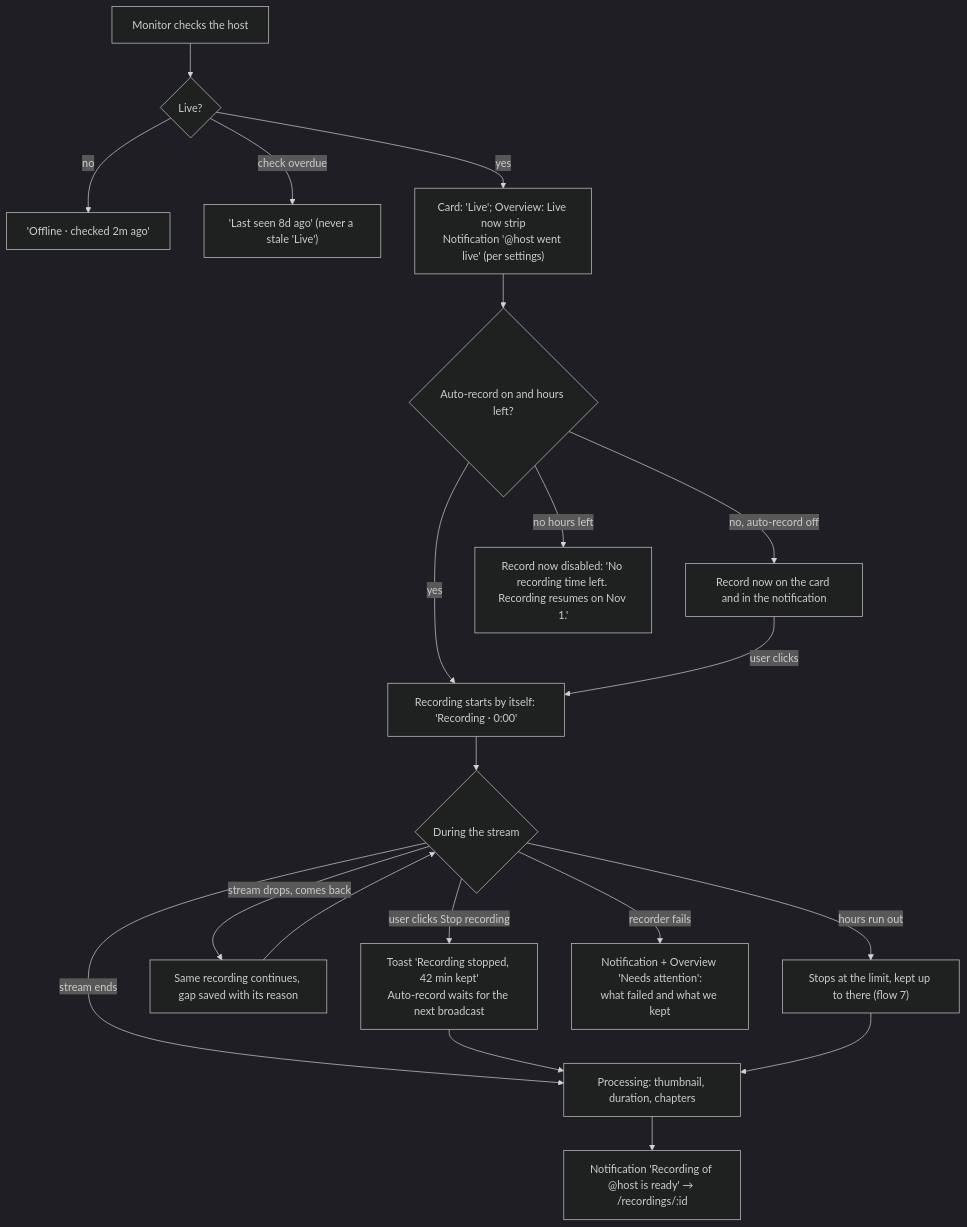
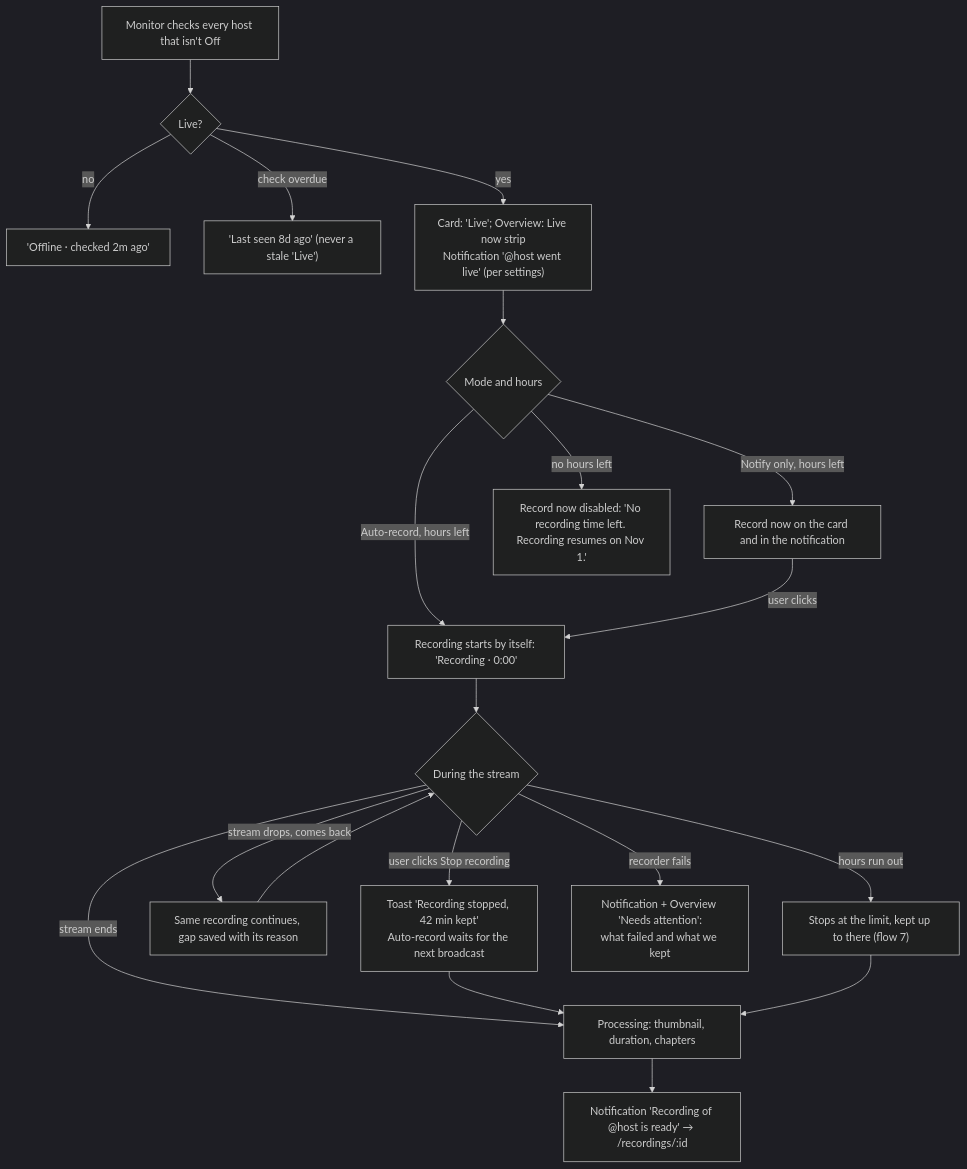
One commit to binhld98/AutoRecordLive changed the third of 11 diagrams in docs/user-flows.md. Above: the diagram before and after it, drawn with Mermaid (dark theme). The commit also changed other lines of this file, not shown here.

Commit message:
docs: add active listeners to user flows

````diff
--- a/docs/user-flows.md
+++ b/docs/user-flows.md
@@ -125,22 +136,22 @@
 ```mermaid
 flowchart TD
-  check["Monitor checks the host"] --> live{"Live?"}
+  check["Monitor checks every host that isn't Off"] --> live{"Live?"}
   live -- no --> idle["'Offline · checked 2m ago'"]
   live -- "check overdue" --> unknown["'Last seen 8d ago' (never a stale 'Live')"]
   live -- yes --> wentlive["Card: 'Live'; Overview: Live now strip<br/>Notification '@host went live' (per settings)"]
-  wentlive --> auto{"Auto-record on and hours left?"}
-  auto -- yes --> rec["Recording starts by itself: 'Recording · 0:00'"]
-  auto -- "no, auto-record off" --> manual["Record now on the card and in the notification"]
+  wentlive --> mode{"Mode and hours"}
+  mode -- "Auto-record, hours left" --> rec["Recording starts by itself: 'Recording · 0:00'"]
+  mode -- "Notify only, hours left" --> manual["Record now on the card and in the notification"]
   manual -- "user clicks" --> rec
-  auto -- "no hours left" --> blocked["Record now disabled: 'No recording time left. Recording resumes on Nov 1.'"]
+  mode -- "no hours left" --> blocked["Record now disabled: 'No recording time left. Recording resumes on Nov 1.'"]
   rec --> during{"During the stream"}
   during -- "user clicks Stop recording" --> stopped["Toast 'Recording stopped, 42 min kept'<br/>Auto-record waits for the next broadcast"]
   during -- "stream drops, comes back" --> gap["Same recording continues, gap saved with its reason"]
   gap --> during
   during -- "hours run out" --> cut["Stops at the limit, kept up to there (flow 7)"]
   during -- "recorder fails" --> fail["Notification + Overview 'Needs attention':<br/>what failed and what we kept"]
   during -- "stream ends" --> process["Processing: thumbnail, duration, chapters"]
   stopped --> process
   cut --> process
   process --> ready["Notification 'Recording of @host is ready' → /recordings/:id"]
 ```
````
